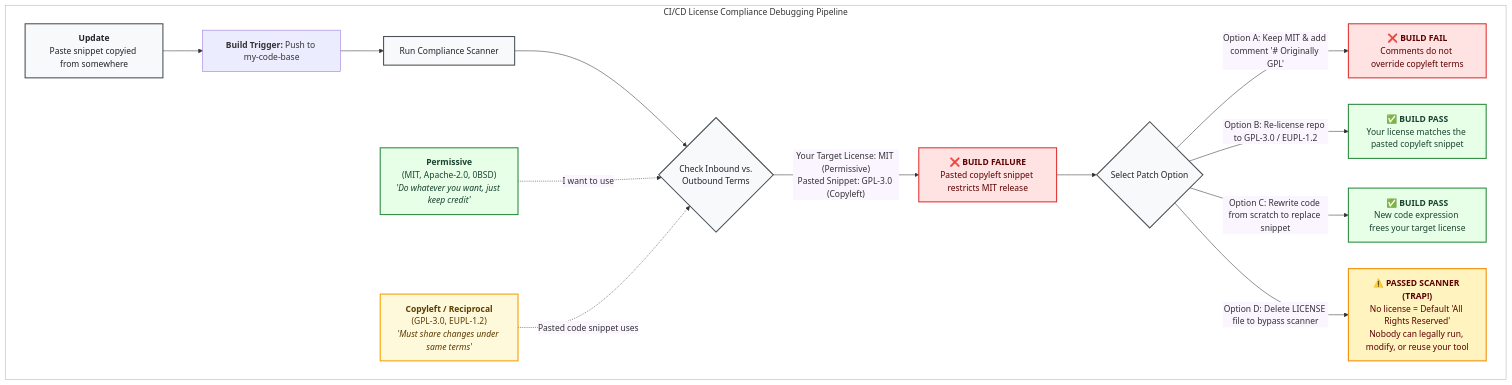
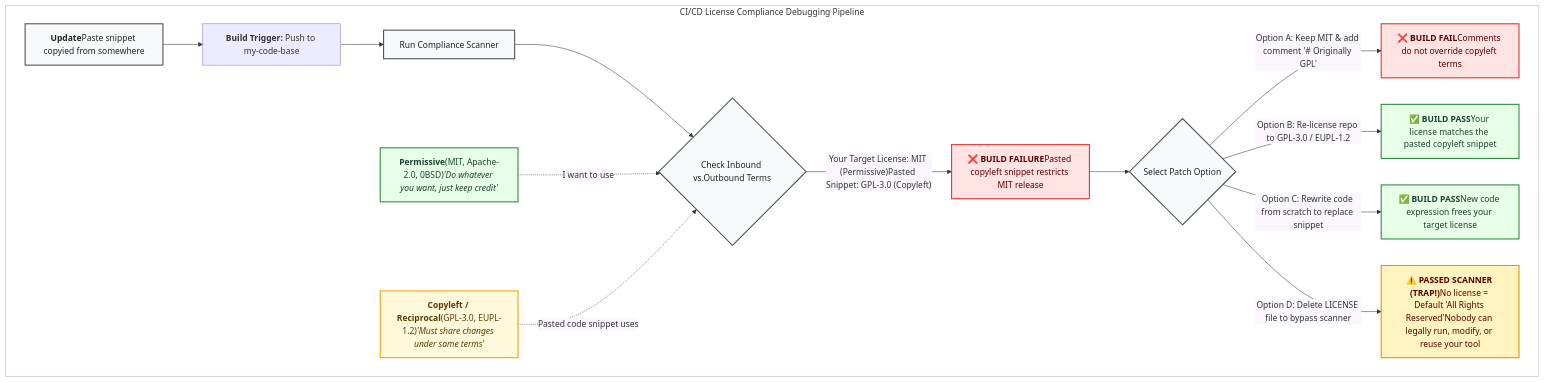
Before and after one commit to coderefinery/social-coding: the second of 3 diagrams in content/software-licensing.md, drawn with Mermaid. The commit also changed other lines of this file, not shown here.

````diff
--- a/content/software-licensing.md
+++ b/content/software-licensing.md
@@ -121,39 +121,39 @@
 ```{mermaid}
 %%{init: {'themeVariables': { 'edgeLabelBackground': '#faf5ff' }}}%%
 flowchart TB
 
     subgraph box["CI/CD License Compliance Debugging Pipeline"]
-        A[<b>Update</b><br/>Paste snippet copyied from somewhere ] --> A2["<b>Build Trigger:</b>Push to my-code-base"]
+        A[<b>Update</b></>Paste snippet copyied from somewhere ] --> A2["<b>Build Trigger:</b>Push to my-code-base"]
         A2["<b>Build Trigger:</b> Push to my-code-base"] --> B["Run Compliance Scanner"]
-        B --> C{"Check Inbound vs.<br/>Outbound Terms"}
+        B --> C{"Check Inbound vs.</>Outbound Terms"}
         
-        C -->|"Your Target License: MIT (Permissive)<br/>Pasted Snippet: GPL-3.0 (Copyleft)"| D["❌ <b>BUILD FAILURE</b><br/>Pasted copyleft snippet restricts MIT release"]
+        C -->|"Your Target License: MIT (Permissive)</>Pasted Snippet: GPL-3.0 (Copyleft)"| D["❌ <b>BUILD FAILURE</b></>Pasted copyleft snippet restricts MIT release"]
         
         D --> E{"Select Patch Option"}
         
-        E -->|"Option A: Keep MIT & add comment '# Originally GPL'"| F["❌ <b>BUILD FAIL</b><br/>Comments do not override copyleft terms"]
-        E -->|"Option B: Re-license repo to GPL-3.0 / EUPL-1.2"| G["✅ <b>BUILD PASS</b><br/>Your license matches the pasted copyleft snippet"]
-        E -->|"Option C: Rewrite code from scratch to replace snippet"| H["✅ <b>BUILD PASS</b><br/>New code expression frees your target license"]
-        E -->|"Option D: Delete LICENSE file to bypass scanner"| I["⚠️ <b>PASSED SCANNER (TRAP!)</b><br/>No license = Default 'All Rights Reserved'<br/>Nobody can legally run, modify, or reuse your tool"]
+        E -->|"Option A: Keep MIT & add comment '# Originally GPL'"| F["❌ <b>BUILD FAIL</b></>Comments do not override copyleft terms"]
+        E -->|"Option B: Re-license repo to GPL-3.0 / EUPL-1.2"| G["✅ <b>BUILD PASS</b></>Your license matches the pasted copyleft snippet"]
+        E -->|"Option C: Rewrite code from scratch to replace snippet"| H["✅ <b>BUILD PASS</b></>New code expression frees your target license"]
+        E -->|"Option D: Delete LICENSE file to bypass scanner"| I["⚠️ <b>PASSED SCANNER (TRAP!)</b></>No license = Default 'All Rights Reserved'</>Nobody can legally run, modify, or reuse your tool"]
 
-        P["<b>Permissive</b><br/>(MIT, Apache-2.0, 0BSD)<br/><i>'Do whatever you want, just keep credit'</i>"]
-        CL["<b>Copyleft / Reciprocal</b><br/>(GPL-3.0, EUPL-1.2)<br/><i>'Must share changes under same terms'</i>"]
+        P["<b>Permissive</b></>(MIT, Apache-2.0, 0BSD)</><i>'Do whatever you want, just keep credit'</i>"]
+        CL["<b>Copyleft / Reciprocal</b></>(GPL-3.0, EUPL-1.2)</><i>'Must share changes under same terms'</i>"]
     end
 
     P -.->|"I want to use"| C
     CL -.->|"Pasted code snippet uses"| C
 
     classDef pass fill:#e6ffe6,stroke:#2b8a3e,stroke-width:2px,color:#1b4332;
     classDef copyleft fill:#fff9db,stroke:#f59f00,stroke-width:2px,color:#5c3c00;
     classDef fail fill:#ffe3e3,stroke:#e03131,stroke-width:2px,color:#5c0000;
     classDef warning fill:#fff3bf,stroke:#f08c00,stroke-width:2px,color:#5c0000;
     classDef neutral fill:#f8f9fa,stroke:#495057,stroke-width:2px,color:#212529;
     classDef box_fill fill:#ffffff,stroke:#adb5bd,stroke-width:1px;
 
     class P,G,H pass;
     class CL copyleft;
     class D,F fail;
     class I warning;
     class A,B,C,E neutral;
     class box box_fill;
 ```
````
